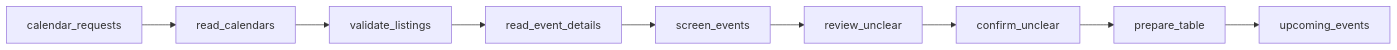
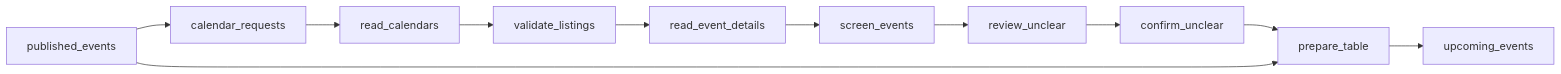
One commit to jsonifyco/public-datasets changed the diagram in datasets/us-convention-center-b2b-events-c9c108704516/README.md. Above: the diagram before and after it, drawn with Mermaid. The commit also changed other lines of this file and 3 other files, not shown here.

````diff
--- a/datasets/us-convention-center-b2b-events-c9c108704516/README.md
+++ b/datasets/us-convention-center-b2b-events-c9c108704516/README.md
@@ -59,20 +60,23 @@
 ```mermaid
 flowchart LR
-  n0["calendar#95;requests"]
-  n1["read#95;calendars"]
-  n2["validate#95;listings"]
-  n3["read#95;event#95;details"]
-  n4["screen#95;events"]
-  n5["review#95;unclear"]
-  n6["confirm#95;unclear"]
-  n7["prepare#95;table"]
-  n8["upcoming#95;events"]
-  n0 --> n1
+  n0["published#95;events"]
+  n1["calendar#95;requests"]
+  n2["read#95;calendars"]
+  n3["validate#95;listings"]
+  n4["read#95;event#95;details"]
+  n5["screen#95;events"]
+  n6["review#95;unclear"]
+  n7["confirm#95;unclear"]
+  n8["prepare#95;table"]
+  n9["upcoming#95;events"]
   n1 --> n2
   n2 --> n3
   n3 --> n4
   n4 --> n5
   n5 --> n6
   n6 --> n7
   n7 --> n8
+  n8 --> n9
+  n0 --> n1
+  n0 --> n8
 ```
````
